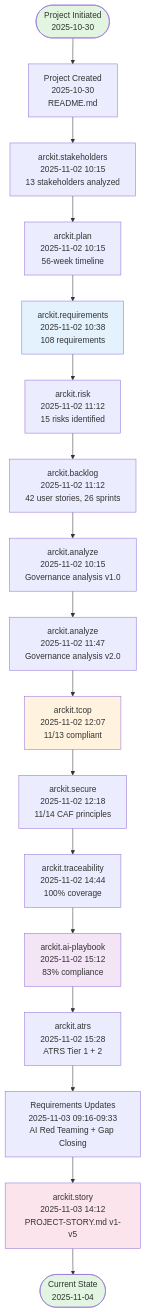
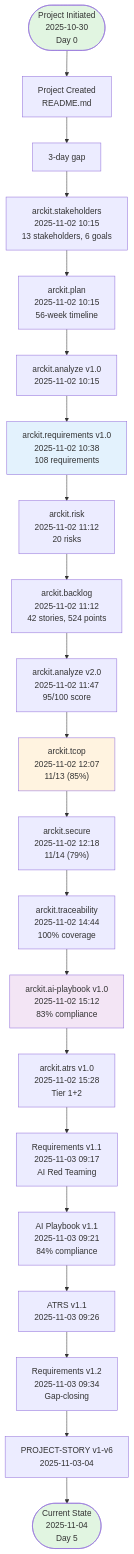
One commit to tractorjuice/arckit-test-project-v8-cabinet-office-genai changed the second of 3 diagrams in projects/001-cabinet-office-genai/PROJECT-STORY.md. Above: the diagram before and after it, drawn with Mermaid. The commit also changed other lines of this file, not shown here.

First line of the commit message:
feat: PROJECT-STORY.md v6.0 - comprehensive 1,116-line project story with enhanced narrative chapters

````diff
--- a/projects/001-cabinet-office-genai/PROJECT-STORY.md
+++ b/projects/001-cabinet-office-genai/PROJECT-STORY.md
@@ -102,36 +155,38 @@
 ```mermaid
 flowchart TD
-    Start([Project Initiated<br/>2025-10-30]) --> README
+    Start([Project Initiated<br/>2025-10-30<br/>Day 0]) --> README
 
-    README["Project Created<br/>2025-10-30<br/>README.md"] --> Stakeholders
+    README["Project Created<br/>README.md"] --> Wait[3-day gap]
+    Wait --> Stakeholders
 
-    Stakeholders["arckit.stakeholders<br/>2025-11-02 10:15<br/>13 stakeholders analyzed"] --> ProjPlan
-    ProjPlan["arckit.plan<br/>2025-11-02 10:15<br/>56-week timeline"] --> Requirements
+    Stakeholders["arckit.stakeholders<br/>2025-11-02 10:15<br/>13 stakeholders, 6 goals"] --> ProjPlan
+    ProjPlan["arckit.plan<br/>2025-11-02 10:15<br/>56-week timeline"] --> Analyze1
+    Analyze1["arckit.analyze v1.0<br/>2025-11-02 10:15"] --> Requirements
 
-    Requirements["arckit.requirements<br/>2025-11-02 10:38<br/>108 requirements"] --> Risk
-    Risk["arckit.risk<br/>2025-11-02 11:12<br/>15 risks identified"] --> Backlog
+    Requirements["arckit.requirements v1.0<br/>2025-11-02 10:38<br/>108 requirements"] --> Risk
+    Risk["arckit.risk<br/>2025-11-02 11:12<br/>20 risks"] --> Backlog
+    Backlog["arckit.backlog<br/>2025-11-02 11:12<br/>42 stories, 524 points"] --> Analyze2
 
-    Backlog["arckit.backlog<br/>2025-11-02 11:12<br/>42 user stories, 26 sprints"] --> Analyze1
-    Analyze1["arckit.analyze<br/>2025-11-02 10:15<br/>Governance analysis v1.0"] --> Analyze2
+    Analyze2["arckit.analyze v2.0<br/>2025-11-02 11:47<br/>95/100 score"] --> TCoP
+    TCoP["arckit.tcop<br/>2025-11-02 12:07<br/>11/13 (85%)"] --> Secure
+    Secure["arckit.secure<br/>2025-11-02 12:18<br/>11/14 (79%)"] --> Trace
 
-    Analyze2["arckit.analyze<br/>2025-11-02 11:47<br/>Governance analysis v2.0"] --> TCoP
-    TCoP["arckit.tcop<br/>2025-11-02 12:07<br/>11/13 compliant"] --> Secure
+    Trace["arckit.traceability<br/>2025-11-02 14:44<br/>100% coverage"] --> AIPlaybook
+    AIPlaybook["arckit.ai-playbook v1.0<br/>2025-11-02 15:12<br/>83% compliance"] --> ATRS
+    ATRS["arckit.atrs v1.0<br/>2025-11-02 15:28<br/>Tier 1+2"] --> Req11
 
-    Secure["arckit.secure<br/>2025-11-02 12:18<br/>11/14 CAF principles"] --> Trace
-    Trace["arckit.traceability<br/>2025-11-02 14:44<br/>100% coverage"] --> AIPlaybook
+    Req11["Requirements v1.1<br/>2025-11-03 09:17<br/>AI Red Teaming"] --> AIPlaybook11
+    AIPlaybook11["AI Playbook v1.1<br/>2025-11-03 09:21<br/>84% compliance"] --> ATRS11
+    ATRS11["ATRS v1.1<br/>2025-11-03 09:26"] --> Req12
 
-    AIPlaybook["arckit.ai-playbook<br/>2025-11-02 15:12<br/>83% compliance"] --> ATRS
-    ATRS["arckit.atrs<br/>2025-11-02 15:28<br/>ATRS Tier 1 + 2"] --> RedTeam
+    Req12["Requirements v1.2<br/>2025-11-03 09:34<br/>Gap-closing"] --> Story
+    Story["PROJECT-STORY v1-v6<br/>2025-11-03-04"] --> End
 
-    RedTeam["Requirements Updates<br/>2025-11-03 09:16-09:33<br/>AI Red Teaming + Gap Closing"] --> Story
-    Story["arckit.story<br/>2025-11-03 14:12<br/>PROJECT-STORY.md v1-v5"] --> End
-
-    End([Current State<br/>2025-11-04])
+    End([Current State<br/>2025-11-04<br/>Day 5])
 
     style Start fill:#e1f5e1
     style End fill:#e1f5e1
     style Requirements fill:#e3f2fd
     style TCoP fill:#fff3e0
     style AIPlaybook fill:#f3e5f5
-    style Story fill:#fce4ec
 ```
````
